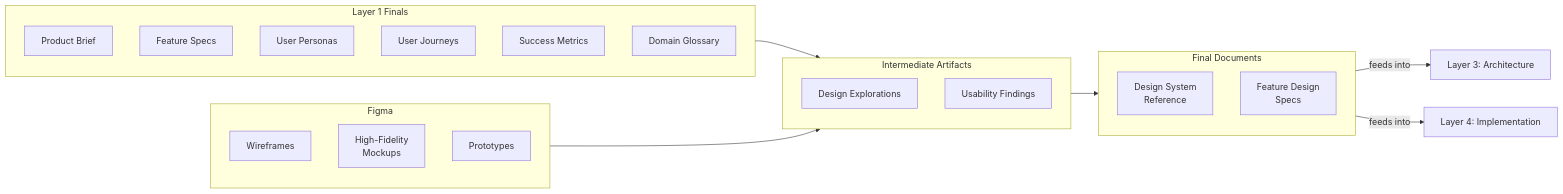
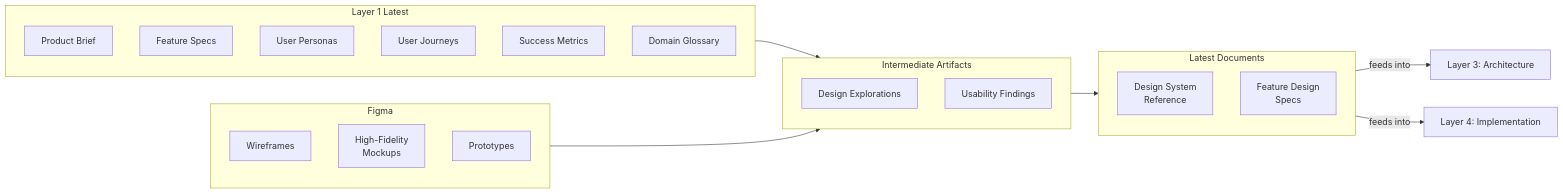
The diagram in layers/layer-2-design/README.md (rafael-torre/db90-knowledge-base), drawn with Mermaid before and after one commit. The commit also changed other lines of this file and 166 other files, not shown here.

Commit message:
Rename final/ folder to latest/ across all layers

````diff
--- a/layers/layer-2-design/README.md
+++ b/layers/layer-2-design/README.md
@@ -17,33 +17,33 @@
 ```mermaid
 flowchart LR
-    subgraph upstream [Layer 1 Finals]
+    subgraph upstream [Layer 1 Latest]
         U1[Product Brief]
         U2[Feature Specs]
         U3[User Personas]
         U4[User Journeys]
         U5[Success Metrics]
         U6[Domain Glossary]
     end
 
     subgraph figma [Figma]
         F1[Wireframes]
         F2[High-Fidelity\nMockups]
         F3[Prototypes]
     end
 
     subgraph intermediate [Intermediate Artifacts]
         I1[Design Explorations]
         I2[Usability Findings]
     end
 
-    subgraph final [Final Documents]
+    subgraph latest [Latest Documents]
         D1[Design System\nReference]
         D2[Feature Design\nSpecs]
     end
 
     upstream --> intermediate
     figma --> intermediate
-    intermediate --> final
-    final -->|"feeds into"| Layer3[Layer 3: Architecture]
-    final -->|"feeds into"| Layer4[Layer 4: Implementation]
+    intermediate --> latest
+    latest -->|"feeds into"| Layer3[Layer 3: Architecture]
+    latest -->|"feeds into"| Layer4[Layer 4: Implementation]
 ```
````
